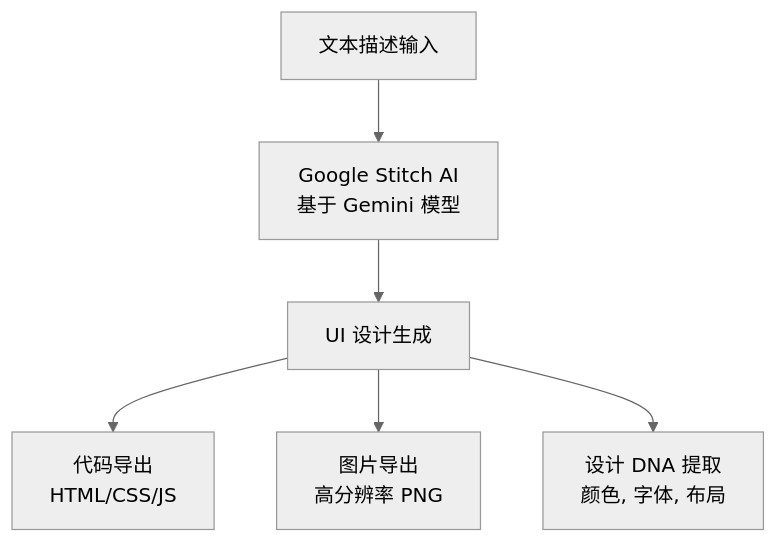
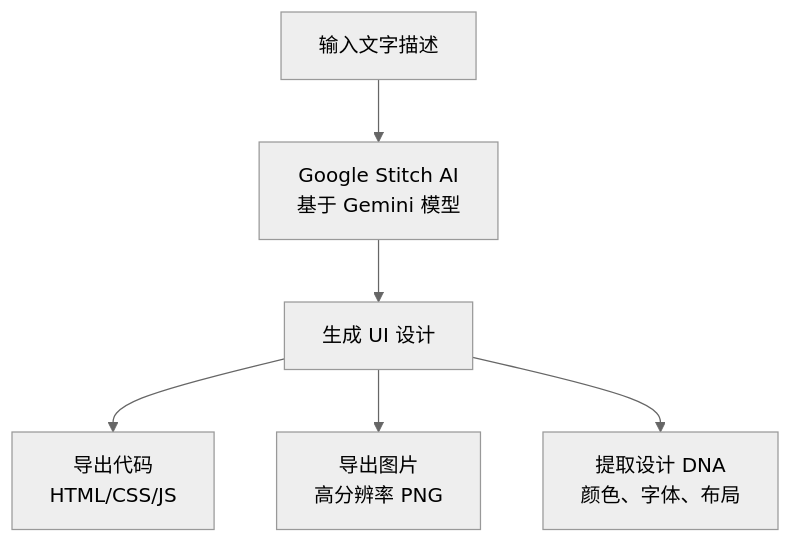
The first of 3 diagrams in docs-site/content/zh/advanced/stitch-guide.md (modu-ai/moai-adk), drawn with Mermaid (neutral theme) before and after one commit. The commit also changed other lines of this file and 395 other files, not shown here.

````diff
--- a/docs-site/content/zh/advanced/stitch-guide.md
+++ b/docs-site/content/zh/advanced/stitch-guide.md
@@ -19,8 +19,8 @@
 ```mermaid
 flowchart TD
-    A["文本描述输入"] --> B["Google Stitch AI<br>基于 Gemini 模型"]
-    B --> C["UI 设计生成"]
-    C --> D["代码导出<br>HTML/CSS/JS"]
-    C --> E["图片导出<br>高分辨率 PNG"]
-    C --> F["设计 DNA 提取<br>颜色, 字体, 布局"]
+    A["输入文字描述"] --> B["Google Stitch AI<br>基于 Gemini 模型"]
+    B --> C["生成 UI 设计"]
+    C --> D["导出代码<br>HTML/CSS/JS"]
+    C --> E["导出图片<br>高分辨率 PNG"]
+    C --> F["提取设计 DNA<br>颜色、字体、布局"]
 ```
````
